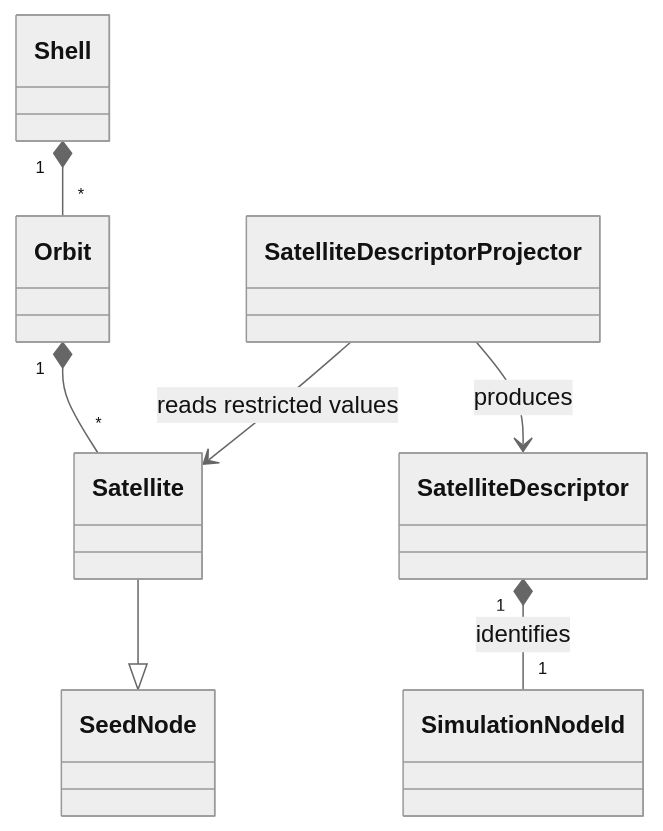
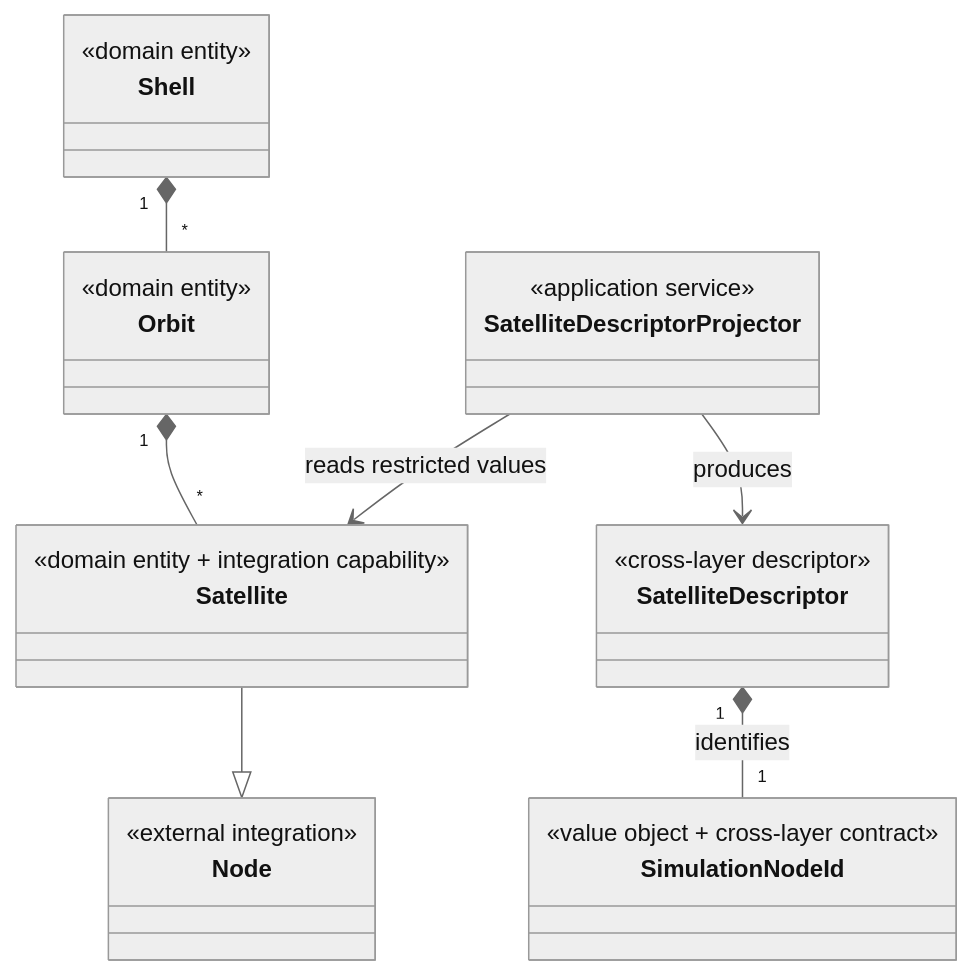
The sixth of 11 diagrams in skyseed_v2/docs/architecture/diagrams.md (seed-labs/skyseed), drawn with Mermaid (neutral theme) before and after one commit. The commit also changed other lines of this file and 43 other files, not shown here.

Commit message:
Finalize Emulator terminology and architecture traceability

````diff
--- a/skyseed_v2/docs/architecture/diagrams.md
+++ b/skyseed_v2/docs/architecture/diagrams.md
@@ -142,17 +145,31 @@
 ```mermaid
 classDiagram
-    class Shell
-    class Orbit
-    class Satellite
-    class SeedNode
-    class SatelliteDescriptorProjector
-    class SatelliteDescriptor
-    class SimulationNodeId
+    class Shell {
+        <<domain entity>>
+    }
+    class Orbit {
+        <<domain entity>>
+    }
+    class Satellite {
+        <<domain entity + integration capability>>
+    }
+    class Node {
+        <<external integration>>
+    }
+    class SatelliteDescriptorProjector {
+        <<application service>>
+    }
+    class SatelliteDescriptor {
+        <<cross-layer descriptor>>
+    }
+    class SimulationNodeId {
+        <<value object + cross-layer contract>>
+    }
 
     Shell "1" *-- "*" Orbit
     Orbit "1" *-- "*" Satellite
-    Satellite --|> SeedNode
+    Satellite --|> Node
     SatelliteDescriptorProjector --> Satellite : reads restricted values
     SatelliteDescriptorProjector --> SatelliteDescriptor : produces
     SatelliteDescriptor "1" *-- "1" SimulationNodeId : identifies
 ```
````
